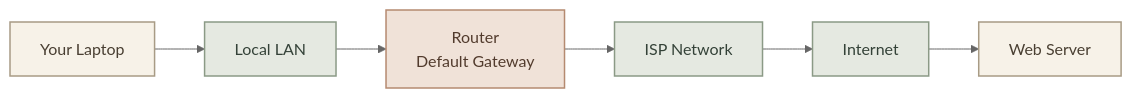
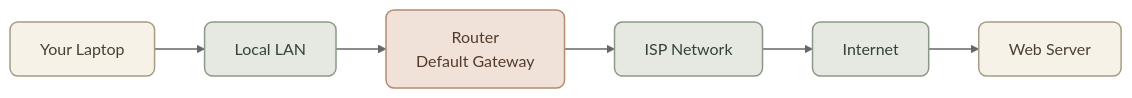
The third of 5 diagrams in content/networking/network-devices.mdx (mustafammasoud/ops-handbook), drawn with Mermaid (neutral theme) before and after one commit. The commit also changed other lines of this file and 7 other files, not shown here.

````diff
--- a/content/networking/network-devices.mdx
+++ b/content/networking/network-devices.mdx
@@ -111,16 +113,17 @@
 ```mermaid
 flowchart LR
     A[" Your Laptop"] --> B["Local LAN"]
     B --> C["Router<br/>Default Gateway"]
     C --> D["ISP Network"]
     D --> E[" Internet"]
     E --> F[" Web Server"]
 
-    classDef device fill:#F7F2E8,stroke:#A89B85,color:#493F32,stroke-width:1.5px
-    classDef router fill:#F0E2D8,stroke:#B58A70,color:#523B2D,stroke-width:1.5px
-    classDef network fill:#E5E9E1,stroke:#8B9A86,color:#344238,stroke-width:1.5px
+    classDef device fill:#F7F2E8,stroke:#A89B85,color:#493F32,stroke-width:1.5px,rx:8,ry:8
+    classDef router fill:#F0E2D8,stroke:#B58A70,color:#523B2D,stroke-width:1.5px,rx:8,ry:8
+    classDef network fill:#E5E9E1,stroke:#8B9A86,color:#344238,stroke-width:1.5px,rx:8,ry:8
 
     class A,F device
     class C router
     class B,D,E network
+    linkStyle default stroke-width:1.7px
 ```
````
